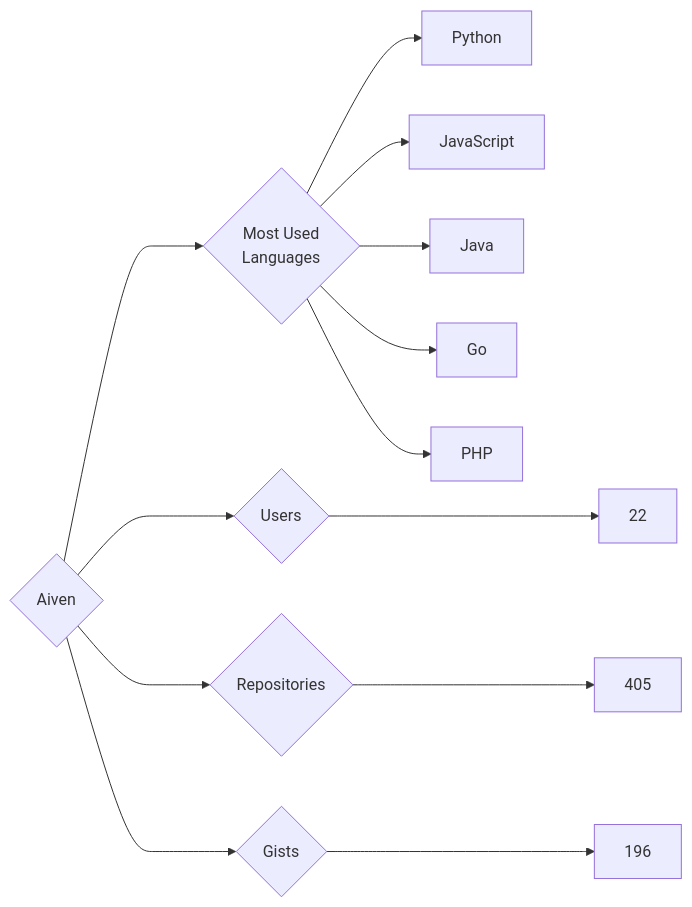
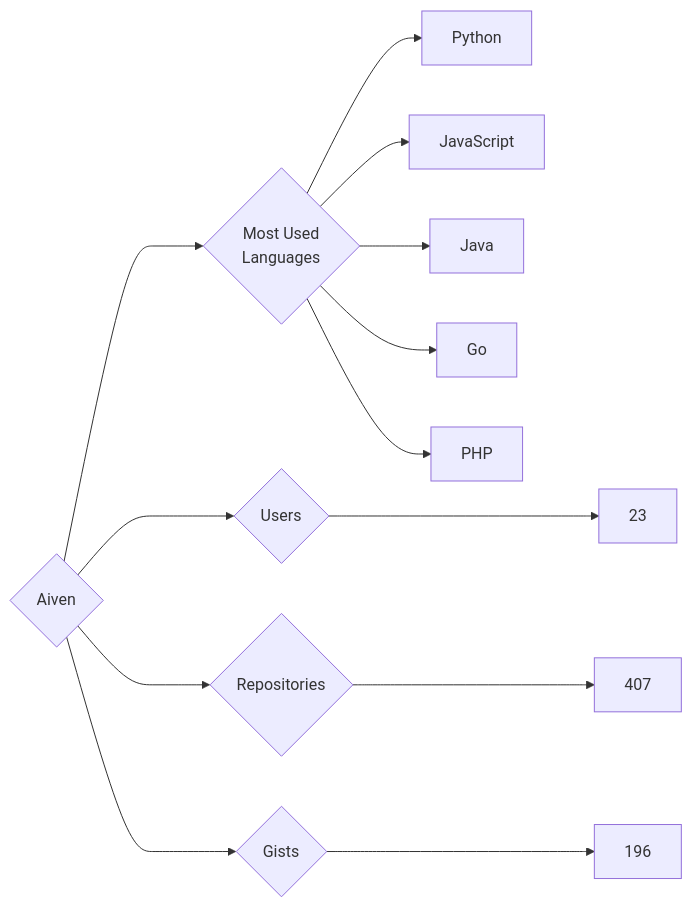
One commit to trickest/insiders changed the diagram in targets/Aiven/README.md. Above: the diagram before and after it, drawn with Mermaid. The commit also changed 809 other files, not shown here.

````diff
--- a/targets/Aiven/README.md
+++ b/targets/Aiven/README.md
@@ -3,13 +3,13 @@
 ```mermaid
 graph LR
 COMPANY_NAME{Aiven}
-COMPANY_NAME ---> U{Users} ---> UN[22]
-COMPANY_NAME ---> R{Repositories} ---> RN[405]
+COMPANY_NAME ---> U{Users} ---> UN[23]
+COMPANY_NAME ---> R{Repositories} ---> RN[407]
 COMPANY_NAME ---> G{Gists} ---> GN[196]
 COMPANY_NAME ---> ML{Most Used<br>Languages}
 ML --> Python[Python]
 ML --> JavaScript[JavaScript]
 ML --> Java[Java]
 ML --> Go[Go]
 ML --> PHP[PHP]
 ```
````
